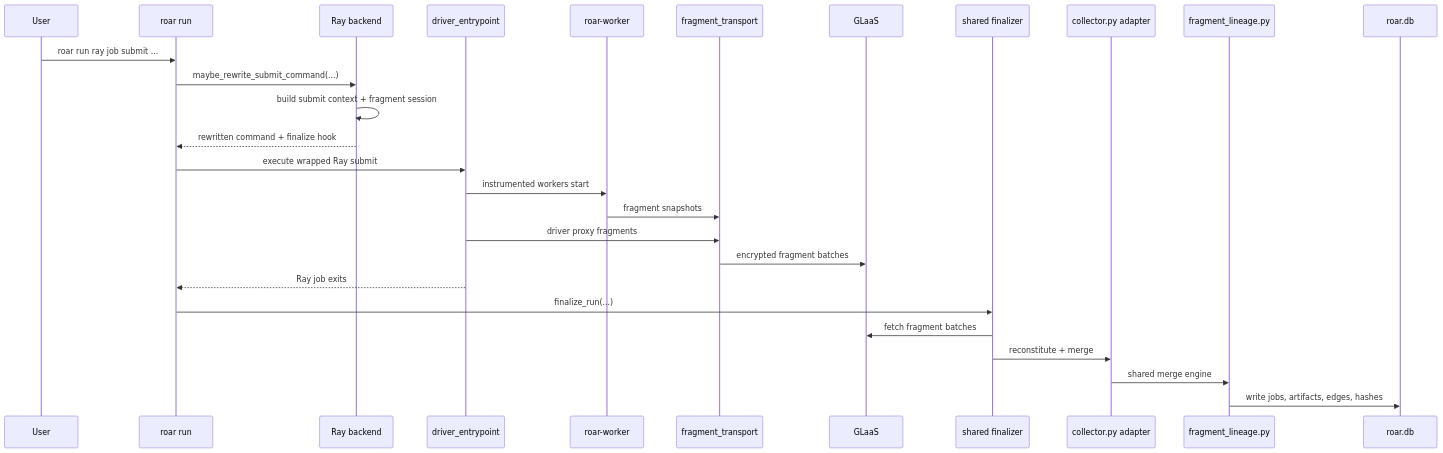
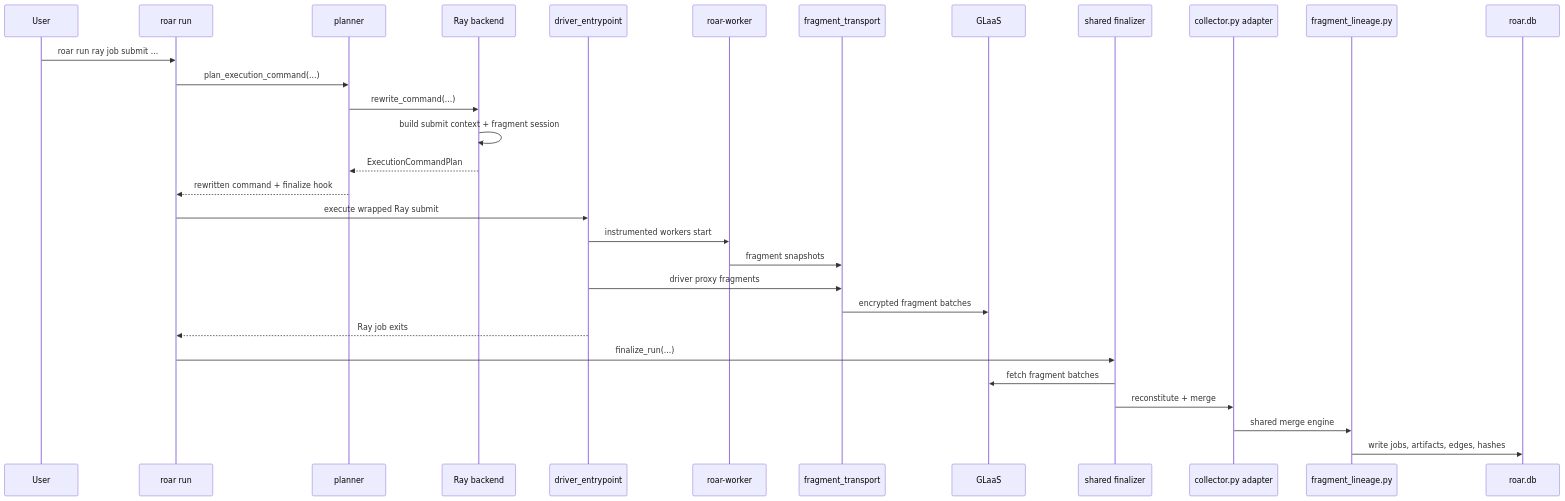
The second of 2 diagrams in docs/developer/ray-integration.md (treqs/roar), drawn with Mermaid before and after one commit. The commit also changed other lines of this file and 30 other files, not shown here.

````diff
--- a/docs/developer/ray-integration.md
+++ b/docs/developer/ray-integration.md
@@ -173,30 +181,33 @@
 ```mermaid
 sequenceDiagram
     participant U as User
     participant R as roar run
+    participant P as planner
     participant S as Ray backend
     participant D as driver_entrypoint
     participant W as roar-worker
     participant T as fragment_transport
     participant G as GLaaS
     participant F as shared finalizer
     participant C as collector.py adapter
     participant L as fragment_lineage.py
     participant DB as roar.db
 
     U->>R: roar run ray job submit ...
-    R->>S: maybe_rewrite_submit_command(...)
+    R->>P: plan_execution_command(...)
+    P->>S: rewrite_command(...)
     S->>S: build submit context + fragment session
-    S-->>R: rewritten command + finalize hook
+    S-->>P: ExecutionCommandPlan
+    P-->>R: rewritten command + finalize hook
     R->>D: execute wrapped Ray submit
     D->>W: instrumented workers start
     W->>T: fragment snapshots
     D->>T: driver proxy fragments
     T->>G: encrypted fragment batches
     D-->>R: Ray job exits
     R->>F: finalize_run(...)
     F->>G: fetch fragment batches
     F->>C: reconstitute + merge
     C->>L: shared merge engine
     L->>DB: write jobs, artifacts, edges, hashes
 ```
````
